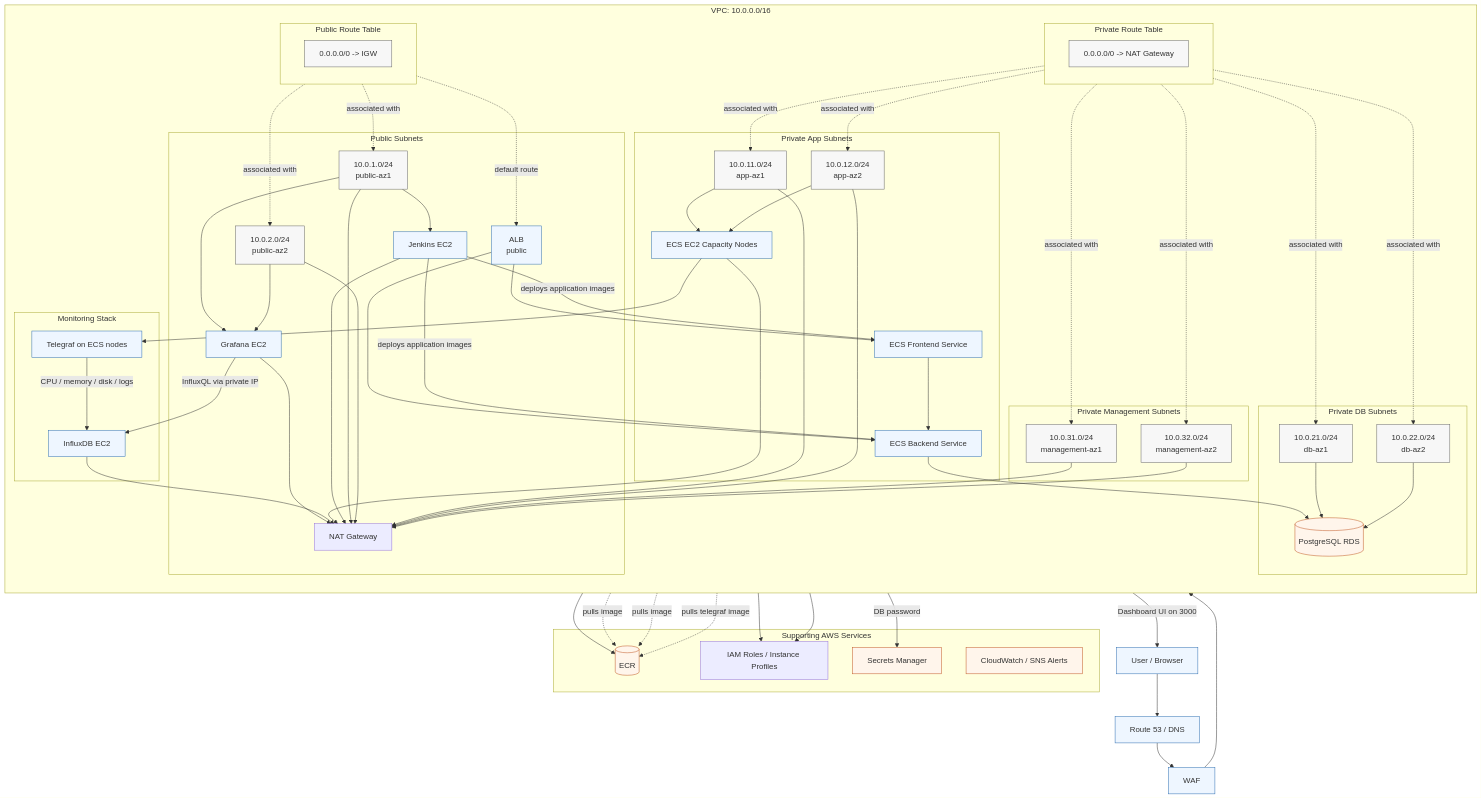
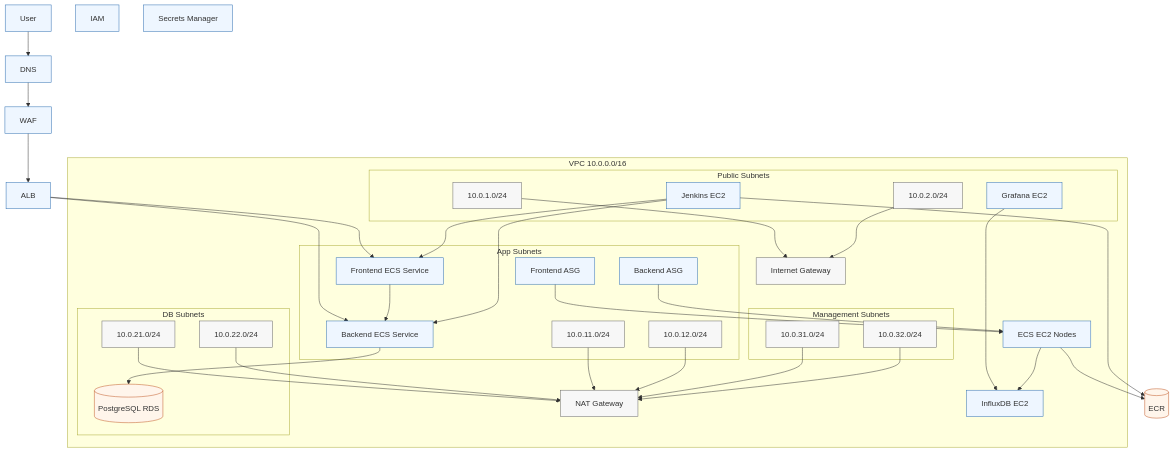
One commit to RootGaurav/ecs-three-tier changed the diagram in ARCHITECTURE.md. Above: the diagram before and after it, drawn with Mermaid. The commit also changed other lines of this file and 10 other files, not shown here.

````diff
--- a/ARCHITECTURE.md
+++ b/ARCHITECTURE.md
@@ -5,119 +3,76 @@
 ```mermaid
 flowchart TB
-  user[User / Browser]
-  dns[Route 53 / DNS]
+  user[User]
+  dns[DNS]
   waf[WAF]
-  alb[ALB\npublic]
+  alb[ALB]
 
-  subgraph vpc[VPC: 10.0.0.0/16]
-    direction TB
+  subgraph vpc[VPC 10.0.0.0/16]
+    igw[Internet Gateway]
+    nat[NAT Gateway]
 
-    subgraph publicrt[Public Route Table]
-      publicrt1[0.0.0.0/0 -> IGW]
+    subgraph pub[Public Subnets]
+      pub1[10.0.1.0/24]
+      pub2[10.0.2.0/24]
+      jenkins[Jenkins EC2]
+      grafana[Grafana EC2]
     end
 
-    subgraph privatert[Private Route Table]
-      privatert1[0.0.0.0/0 -> NAT Gateway]
+    subgraph app[App Subnets]
+      app1[10.0.11.0/24]
+      app2[10.0.12.0/24]
+      feasg[Frontend ASG]
+      beasg[Backend ASG]
+      feecs[Frontend ECS Service]
+      beecs[Backend ECS Service]
     end
 
-    subgraph public[Public Subnets]
-      pub1[10.0.1.0/24\npublic-az1]
-      pub2[10.0.2.0/24\npublic-az2]
-      nat[NAT Gateway]
-      jenkins[Jenkins EC2]
-      grafana[Grafana EC2]
-      alb
-    end
-
-    subgraph app[Private App Subnets]
-      app1[10.0.11.0/24\napp-az1]
-      app2[10.0.12.0/24\napp-az2]
-      ecsnodes[ECS EC2 Capacity Nodes]
-      frontend[ECS Frontend Service]
-      backend[ECS Backend Service]
-    end
-
-    subgraph db[Private DB Subnets]
-      db1[10.0.21.0/24\ndb-az1]
-      db2[10.0.22.0/24\ndb-az2]
+    subgraph db[DB Subnets]
+      db1[10.0.21.0/24]
+      db2[10.0.22.0/24]
       rds[(PostgreSQL RDS)]
     end
 
-    subgraph mgmt[Private Management Subnets]
-      mgmt1[10.0.31.0/24\nmanagement-az1]
-      mgmt2[10.0.32.0/24\nmanagement-az2]
+    subgraph mgmt[Management Subnets]
+      mgmt1[10.0.31.0/24]
+      mgmt2[10.0.32.0/24]
     end
 
-    subgraph obs[Monitoring Stack]
-      influx[InfluxDB EC2]
-      telegraf[Telegraf on ECS nodes]
-    end
+    influx[InfluxDB EC2]
+    ecsnodes[ECS EC2 Nodes]
   end
 
-  subgraph support[Supporting AWS Services]
-    ecr[(ECR)]
-    iam[IAM Roles / Instance Profiles]
-    sm[Secrets Manager]
-    cw[CloudWatch / SNS Alerts]
-  end
+  ecr[(ECR)]
+  iam[IAM]
+  sm[Secrets Manager]
 
   user --> dns --> waf --> alb
-  alb --> frontend
-  alb --> backend
-  frontend --> backend
-  backend --> rds
+  alb --> feecs
+  alb --> beecs
+  feecs --> beecs
+  beecs --> rds
+  feasg --> ecsnodes
+  beasg --> ecsnodes
+  ecsnodes --> ecr
+  jenkins --> ecr
+  jenkins --> feecs
+  jenkins --> beecs
+  grafana --> influx
+  ecsnodes --> influx
 
-  jenkins --> ecr
-  frontend -. pulls image .-> ecr
-  backend -. pulls image .-> ecr
-  ecsnodes -. pulls telegraf image .-> ecr
-
-  ecsnodes --> telegraf
-  telegraf -->|CPU / memory / disk / logs| influx
-  grafana -->|InfluxQL via private IP| influx
-  grafana -->|Dashboard UI on 3000| user
-
-  jenkins -->|deploys application images| frontend
-  jenkins -->|deploys application images| backend
-  backend -->|DB password| sm
-  ecsnodes --> iam
-  jenkins --> iam
-  grafana --> nat
-  influx --> nat
-  ecsnodes --> nat
-  jenkins --> nat
-
-  publicrt -. associated with .-> pub1
-  publicrt -. associated with .-> pub2
-  publicrt -. default route .-> alb
-
-  privatert -. associated with .-> app1
-  privatert -. associated with .-> app2
-  privatert -. associated with .-> db1
-  privatert -. associated with .-> db2
-  privatert -. associated with .-> mgmt1
-  privatert -. associated with .-> mgmt2
-
-  pub1 --> nat
-  pub2 --> nat
+  pub1 --> igw
+  pub2 --> igw
   app1 --> nat
   app2 --> nat
+  db1 --> nat
+  db2 --> nat
   mgmt1 --> nat
   mgmt2 --> nat
 
-  db1 --> rds
-  db2 --> rds
-  app1 --> ecsnodes
-  app2 --> ecsnodes
-  pub1 --> grafana
-  pub1 --> jenkins
-  pub2 --> grafana
-
-  classDef net fill:#f7f7f7,stroke:#666,stroke-width:1px;
-  classDef svc fill:#eef6ff,stroke:#2b6cb0,stroke-width:1px;
-  classDef data fill:#fff5eb,stroke:#c05621,stroke-width:1px;
-
-  class pub1,pub2,app1,app2,db1,db2,mgmt1,mgmt2,publicrt1,privatert1 net;
-  class alb,jenkins,grafana,ecsnodes,frontend,backend,telegraf,influx,waf,dns,user svc;
-  class rds,ecr,sm,cw data;
+  classDef net fill:#f7f7f7,stroke:#666;
+  classDef svc fill:#eef6ff,stroke:#2b6cb0;
+  classDef data fill:#fff5eb,stroke:#c05621;
+  class pub1,pub2,app1,app2,db1,db2,mgmt1,mgmt2,igw,nat net;
+  class user,dns,waf,alb,jenkins,grafana,influx,ecsnodes,feasg,beasg,feecs,beecs,iam,sm svc;
+  class rds,ecr data;
 ```
````
